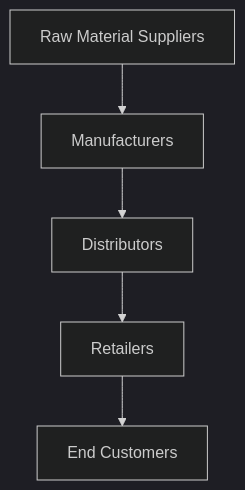
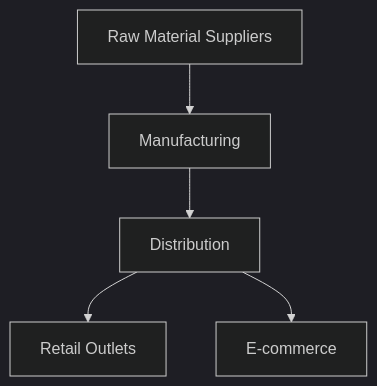
Before and after one commit to arindampradhan/pmegpeportal-programme: the fifth of 16 diagrams in docs/0001_3PlyMask/Deep-Research.md, drawn with Mermaid (dark theme). The commit also changed other lines of this file and 2 other files, not shown here.

````diff
--- a/docs/0001_3PlyMask/Deep-Research.md
+++ b/docs/0001_3PlyMask/Deep-Research.md
@@ -158,7 +157,7 @@
 ```mermaid
 graph TD
-    A[Raw Material Suppliers] --> B[Manufacturers]
-    B --> C[Distributors]
-    C --> D[Retailers]
-    D --> E[End Customers]
+    A[Raw Material Suppliers] --> B[Manufacturing]
+    B --> C[Distribution]
+    C --> D[Retail Outlets]
+    C --> E[E-commerce]
 ```
````
